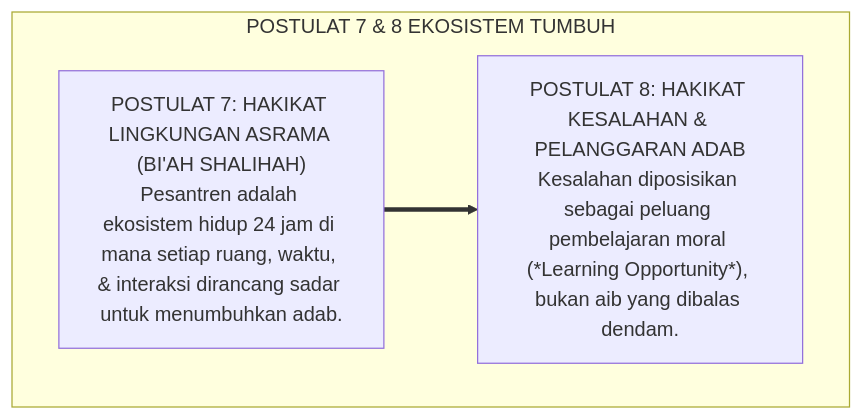
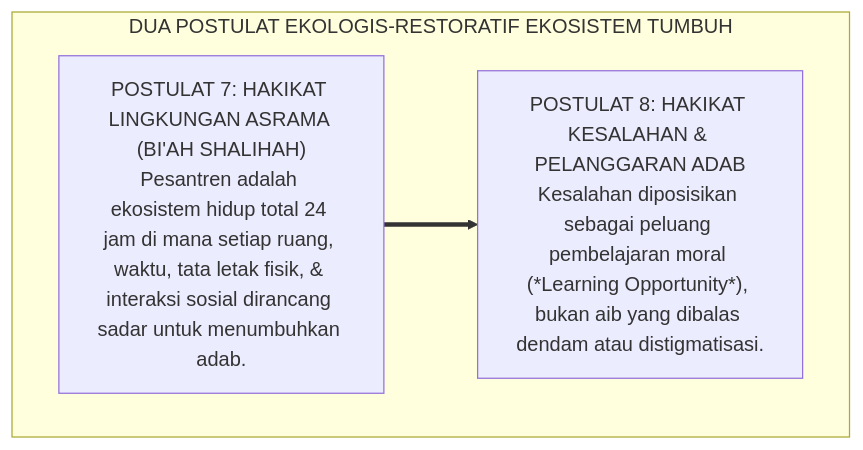
One commit to wandiapriliyandi/tumbuh changed the first of 3 diagrams in BOOK-SERIES/Volume-01/Bab-05-Sepuluh-Jawaban-Filosofis-Ekosistem-TUMBUH/03-Postulat-7-sd-8-Total-Ecosystem-dan-Restorasi-Kesalahan.md. Above: the diagram before and after it, drawn with Mermaid. The commit also changed other lines of this file and 24 other files, not shown here.

Commit message:
feat(book-01): perkaya dan perdalam seluruh isi subbab bab 02 s.d. 07 dengan elaborasi komprehensif, analisis mendalam, dan diagram alur lengkap

````diff
--- a/BOOK-SERIES/Volume-01/Bab-05-Sepuluh-Jawaban-Filosofis-Ekosistem-TUMBUH/03-Postulat-7-sd-8-Total-Ecosystem-dan-Restorasi-Kesalahan.md
+++ b/BOOK-SERIES/Volume-01/Bab-05-Sepuluh-Jawaban-Filosofis-Ekosistem-TUMBUH/03-Postulat-7-sd-8-Total-Ecosystem-dan-Restorasi-Kesalahan.md
@@ -18,10 +21,10 @@
 ```mermaid
 graph TD
-    subgraph FondasiEkologisRestoratif["POSTULAT 7 & 8 EKOSISTEM TUMBUH"]
-        P7["POSTULAT 7: HAKIKAT LINGKUNGAN ASRAMA (BI'AH SHALIHAH)<br/>Pesantren adalah ekosistem hidup 24 jam di mana setiap ruang, waktu, & interaksi dirancang sadar untuk menumbuhkan adab."]
+    subgraph FondasiEkologisRestoratif["DUA POSTULAT EKOLOGIS-RESTORATIF EKOSISTEM TUMBUH"]
+        P7["POSTULAT 7: HAKIKAT LINGKUNGAN ASRAMA (BI'AH SHALIHAH)<br/>Pesantren adalah ekosistem hidup total 24 jam di mana setiap ruang, waktu, tata letak fisik, & interaksi sosial dirancang sadar untuk menumbuhkan adab."]
         
-        P8["POSTULAT 8: HAKIKAT KESALAHAN & PELANGGARAN ADAB<br/>Kesalahan diposisikan sebagai peluang pembelajaran moral (*Learning Opportunity*), bukan aib yang dibalas dendam."]
+        P8["POSTULAT 8: HAKIKAT KESALAHAN & PELANGGARAN ADAB<br/>Kesalahan diposisikan sebagai peluang pembelajaran moral (*Learning Opportunity*), bukan aib yang dibalas dendam atau distigmatisasi."]
         
         P7 ==> P8
     end
 ```
````
